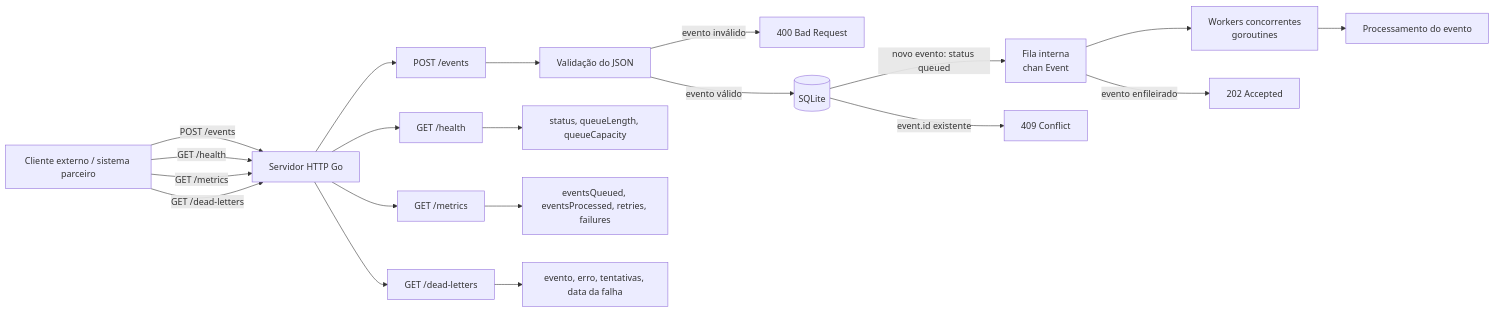
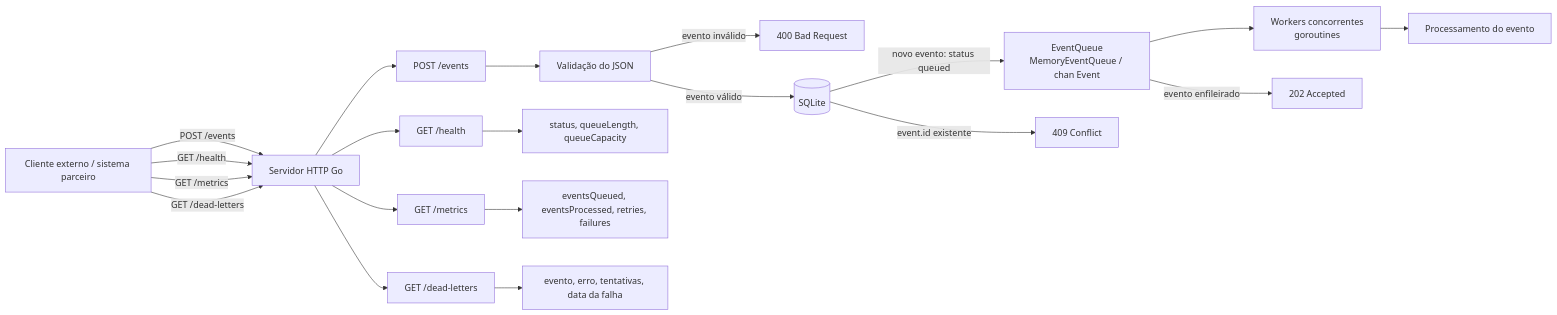
One commit to rafamguedes/go-webhook-processor changed the first of 4 diagrams in docs/architecture.md. Above: the diagram before and after it, drawn with Mermaid. The commit also changed other lines of this file and 10 other files, not shown here.

Commit message:
refactor: decouple event queue behind interfaces

````diff
--- a/docs/architecture.md
+++ b/docs/architecture.md
@@ -7,36 +7,36 @@
 ```mermaid
 flowchart LR
     client[Cliente externo / sistema parceiro]
     api[Servidor HTTP Go]
     handler[POST /events]
     validation[Validação do JSON]
-    queue[Fila interna<br/>chan Event]
+    queue[EventQueue<br/>MemoryEventQueue / chan Event]
     workers[Workers concorrentes<br/>goroutines]
     processor[Processamento do evento]
     health[GET /health]
     metrics[GET /metrics]
     deadletters[GET /dead-letters]
 
     client -->|POST /events| api
     api --> handler
     handler --> validation
     validation -->|evento inválido| badRequest[400 Bad Request]
     validation -->|evento válido| store[(SQLite)]
     store -->|event.id existente| conflict[409 Conflict]
     store -->|novo evento: status queued| queue
     queue -->|evento enfileirado| accepted[202 Accepted]
     queue --> workers
     workers --> processor
 
     client -->|GET /health| api
     api --> health
     health --> healthResponse[status, queueLength, queueCapacity]
 
     client -->|GET /metrics| api
     api --> metrics
     metrics --> metricsResponse[eventsQueued, eventsProcessed, retries, failures]
 
     client -->|GET /dead-letters| api
     api --> deadletters
     deadletters --> deadLetterResponse[evento, erro, tentativas, data da falha]
 ```
````
